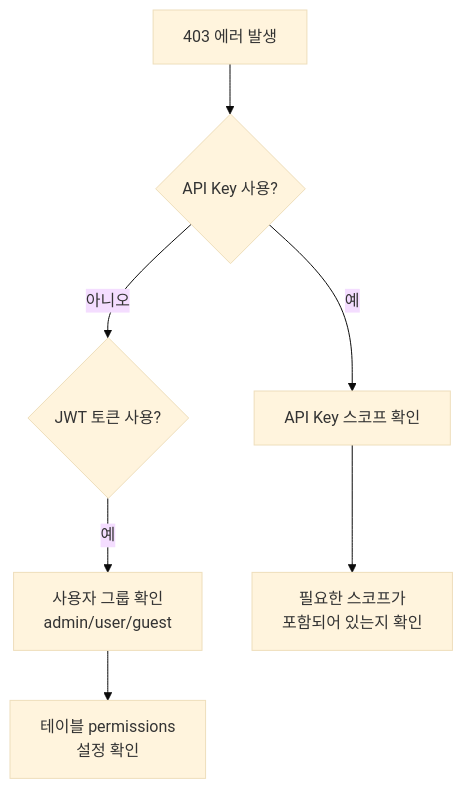
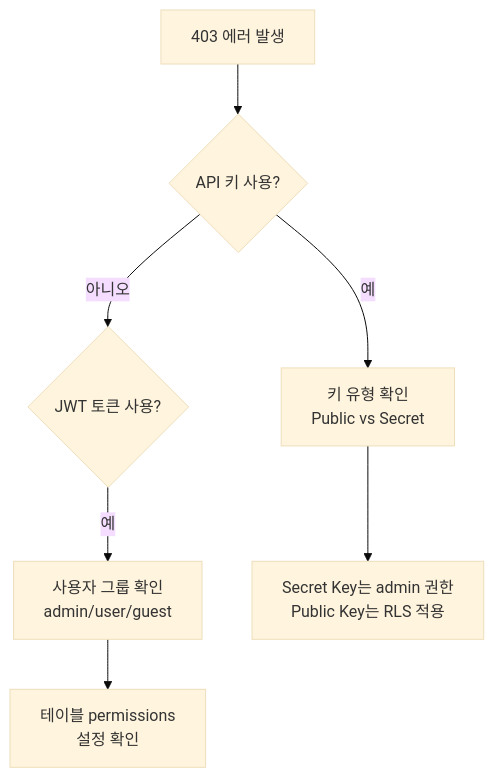
One commit to popup-studio-ai/bkend-docs changed the diagram in ko/troubleshooting/01-common-errors.md. Above: the diagram before and after it, drawn with Mermaid (base theme). The commit also changed other lines of this file and 186 other files, not shown here.

````diff
--- a/ko/troubleshooting/01-common-errors.md
+++ b/ko/troubleshooting/01-common-errors.md
@@ -90,9 +97,9 @@
 ```mermaid
 flowchart TD
-    A[403 에러 발생] --> B{API Key 사용?}
-    B -->|예| C[API Key 스코프 확인]
+    A[403 에러 발생] --> B{API 키 사용?}
+    B -->|예| C[키 유형 확인<br/>Public vs Secret]
     B -->|아니오| D{JWT 토큰 사용?}
     D -->|예| E[사용자 그룹 확인<br/>admin/user/guest]
-    C --> F[필요한 스코프가<br/>포함되어 있는지 확인]
+    C --> F[Secret Key는 admin 권한<br/>Public Key는 RLS 적용]
     E --> G[테이블 permissions<br/>설정 확인]
 ```
````
